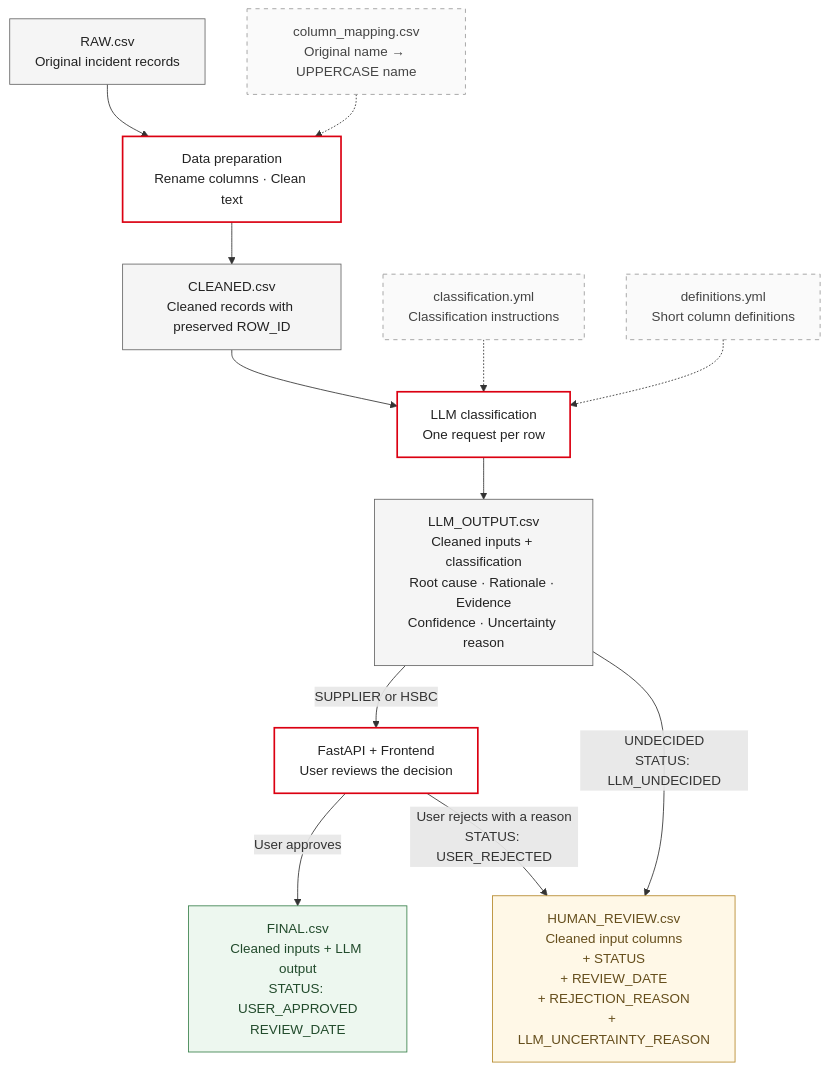
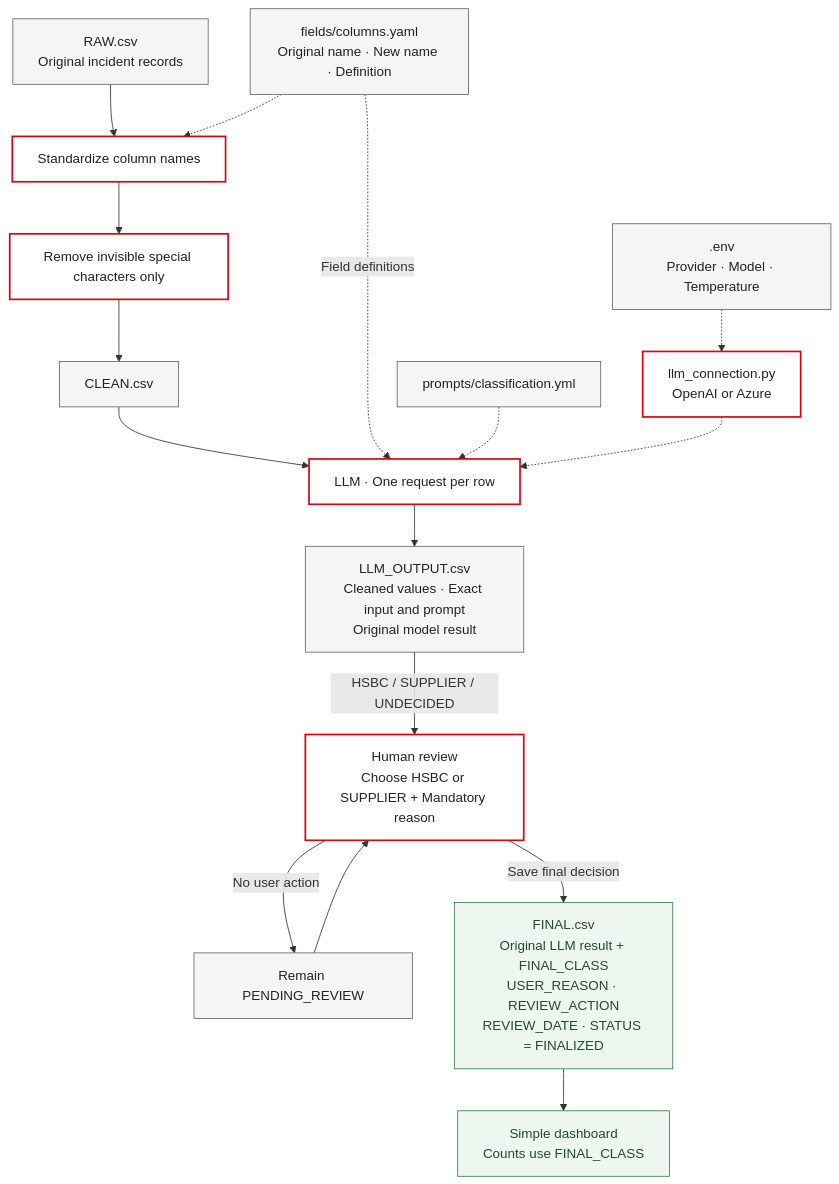
The diagram in docs/architecture.md (alirezarashidipp/mock-up-WS4-pipeline), drawn with Mermaid before and after one commit. The commit also changed other lines of this file and 45 other files, not shown here.

Commit message:
Complete incident classification and human review demo

````diff
--- a/docs/architecture.md
+++ b/docs/architecture.md
@@ -3,43 +3,24 @@
 ```mermaid
 flowchart TD
-    RAW["RAW.csv<br/>Original incident records"]
-    MAP["column_mapping.csv<br/>Original name → UPPERCASE name"]
-    PREP["Data preparation<br/>Rename columns · Clean text"]
-    CLEAN["CLEANED.csv<br/>Cleaned records with preserved ROW_ID"]
-
-    PROMPT["classification.yml<br/>Classification instructions"]
-    DEFINITIONS["definitions.yml<br/>Short column definitions"]
-    LLM["LLM classification<br/>One request per row"]
-    OUTPUT["LLM_OUTPUT.csv<br/>Cleaned inputs + classification<br/>Root cause · Rationale · Evidence<br/>Confidence · Uncertainty reason"]
-
-    UI["FastAPI + Frontend<br/>User reviews the decision"]
-    FINAL["FINAL.csv<br/>Cleaned inputs + LLM output<br/>STATUS: USER_APPROVED<br/>REVIEW_DATE"]
-    HUMAN["HUMAN_REVIEW.csv<br/>Cleaned input columns<br/>+ STATUS<br/>+ REVIEW_DATE<br/>+ REJECTION_REASON<br/>+ LLM_UNCERTAINTY_REASON"]
-
-    RAW --> PREP
-    MAP -.-> PREP
-    PREP --> CLEAN
-
-    CLEAN --> LLM
-    PROMPT -.-> LLM
-    DEFINITIONS -.-> LLM
-    LLM --> OUTPUT
-
-    OUTPUT -->|"SUPPLIER or HSBC"| UI
-    OUTPUT -->|"UNDECIDED<br/>STATUS: LLM_UNDECIDED"| HUMAN
-
-    UI -->|"User approves"| FINAL
-    UI -->|"User rejects with a reason<br/>STATUS: USER_REJECTED"| HUMAN
-
+    RAW["RAW.csv<br/>Original incident records"] --> RENAME["Standardize column names"]
+    CONFIG["fields/columns.yaml<br/>Original name · New name · Definition"] -.-> RENAME
+    RENAME --> CLEANING["Remove invisible special characters only"]
+    CLEANING --> CLEAN["CLEAN.csv"]
+    CLEAN --> LLM["LLM · One request per row"]
+    CONFIG -.->|"Field definitions"| LLM
+    PROMPT["prompts/classification.yml"] -.-> LLM
+    ENV[".env<br/>Provider · Model · Temperature"] -.-> CONNECTION["llm_connection.py<br/>OpenAI or Azure"]
+    CONNECTION -.-> LLM
+    LLM --> OUTPUT["LLM_OUTPUT.csv<br/>Cleaned values · Exact input and prompt<br/>Original model result"]
+    OUTPUT -->|"HSBC / SUPPLIER / UNDECIDED"| REVIEW["Human review<br/>Choose HSBC or SUPPLIER + Mandatory reason"]
+    REVIEW -->|"No user action"| PENDING["Remain PENDING_REVIEW"]
+    PENDING --> REVIEW
+    REVIEW -->|"Save final decision"| FINAL["FINAL.csv<br/>Original LLM result + FINAL_CLASS<br/>USER_REASON · REVIEW_ACTION<br/>REVIEW_DATE · STATUS = FINALIZED"]
+    FINAL --> DASHBOARD["Simple dashboard<br/>Counts use FINAL_CLASS"]
+    classDef process fill:#fff,stroke:#db0011,stroke-width:2px,color:#222
     classDef file fill:#f5f5f5,stroke:#666,color:#222
-    classDef process fill:#fff,stroke:#db0011,stroke-width:2px,color:#222
-    classDef config fill:#fafafa,stroke:#999,stroke-dasharray:5 5,color:#444
-    classDef approved fill:#edf7ef,stroke:#39804b,color:#224b2c
-    classDef human fill:#fff8e7,stroke:#b58829,color:#654e1c
-
-    class RAW,CLEAN,OUTPUT file
-    class PREP,LLM,UI process
-    class MAP,PROMPT,DEFINITIONS config
-    class FINAL approved
-    class HUMAN human
+    classDef final fill:#edf7ef,stroke:#39804b,color:#224b2c
+    class RENAME,CLEANING,LLM,CONNECTION,REVIEW process
+    class RAW,CONFIG,CLEAN,PROMPT,ENV,OUTPUT,PENDING file
+    class FINAL,DASHBOARD final
 ```
````
